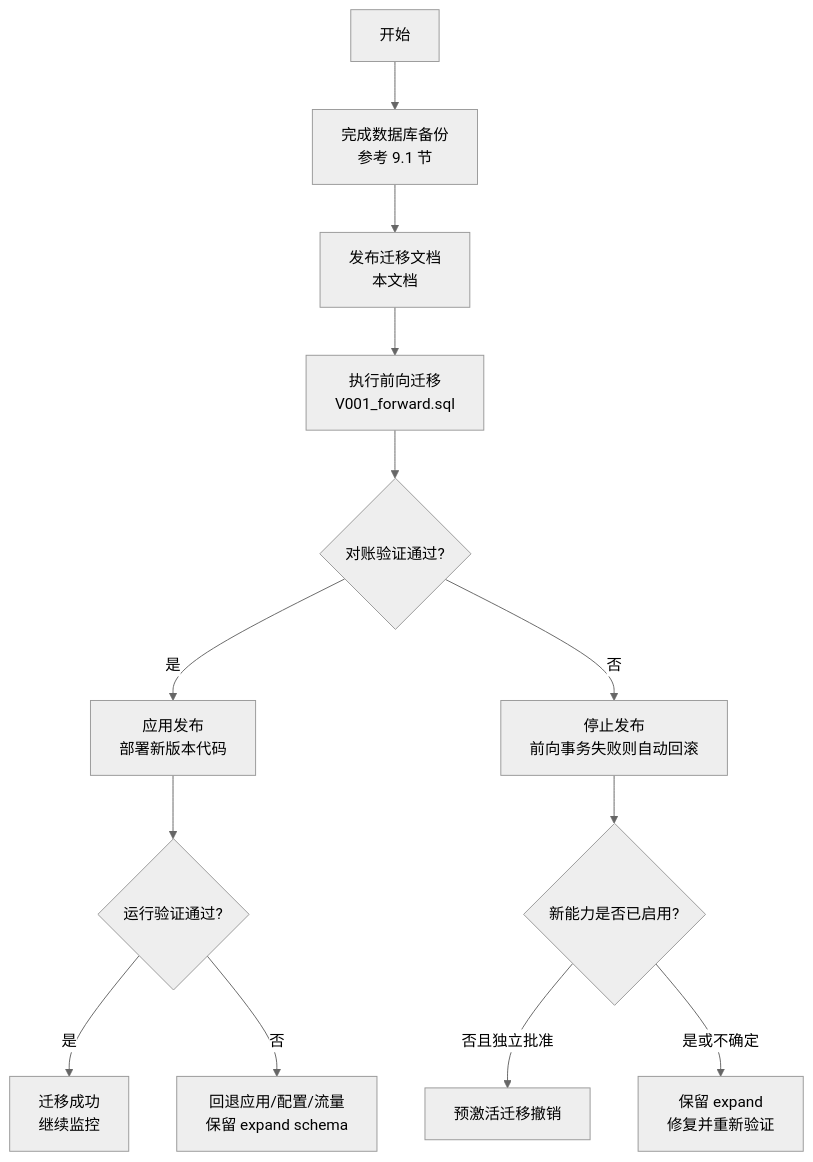
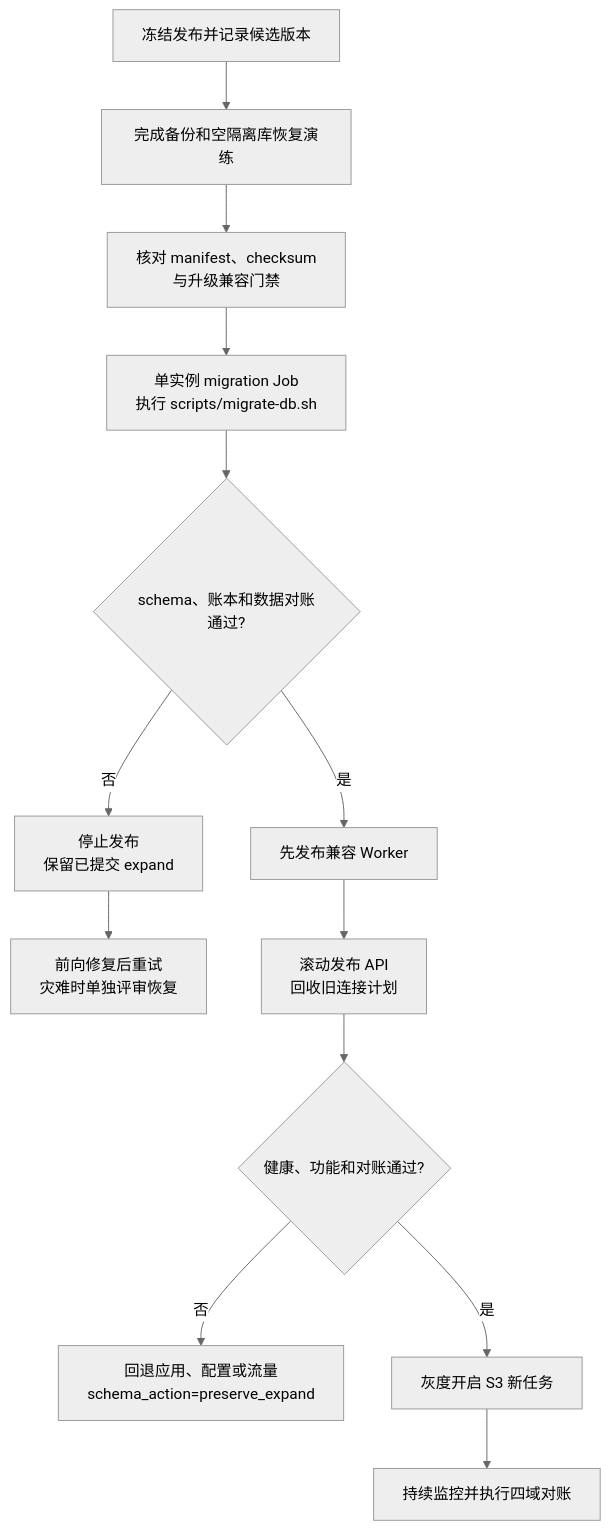
One commit to yizhinailong/disk changed the first of 2 diagrams in docs/design/05-部署运维指南.md. Above: the diagram before and after it, drawn with Mermaid (neutral theme). The commit also changed other lines of this file and 3 other files, not shown here.

````diff
--- a/docs/design/05-部署运维指南.md
+++ b/docs/design/05-部署运维指南.md
@@ -352,15 +338,15 @@
 ```mermaid
 flowchart TD
-    A[开始] --> B[完成数据库备份<br/>参考 9.1 节]
-    B --> C[发布迁移文档<br/>本文档]
-    C --> D[执行前向迁移<br/>V001_forward.sql]
-    D --> E{对账验证通过?}
-    E -->|是| F[应用发布<br/>部署新版本代码]
-    E -->|否| G[停止发布<br/>前向事务失败则自动回滚]
-    G --> H{新能力是否已启用?}
-    H -->|否且独立批准| I[预激活迁移撤销]
-    H -->|是或不确定| P[保留 expand<br/>修复并重新验证]
-    F --> J{运行验证通过?}
-    J -->|是| K[迁移成功<br/>继续监控]
-    J -->|否| L[回退应用/配置/流量<br/>保留 expand schema]
+    A[冻结发布并记录候选版本] --> B[完成备份和空隔离库恢复演练]
+    B --> C[核对 manifest、checksum<br/>与升级兼容门禁]
+    C --> D[单实例 migration Job<br/>执行 scripts/migrate-db.sh]
+    D --> E{schema、账本和数据对账通过?}
+    E -->|否| F[停止发布<br/>保留已提交 expand]
+    F --> G[前向修复后重试<br/>灾难时单独评审恢复]
+    E -->|是| H[先发布兼容 Worker]
+    H --> I[滚动发布 API<br/>回收旧连接计划]
+    I --> J{健康、功能和对账通过?}
+    J -->|否| K[回退应用、配置或流量<br/>schema_action=preserve_expand]
+    J -->|是| L[灰度开启 S3 新任务]
+    L --> M[持续监控并执行四域对账]
 ```
````
